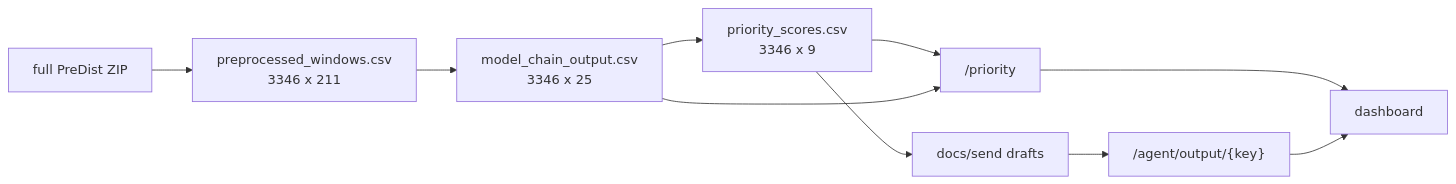
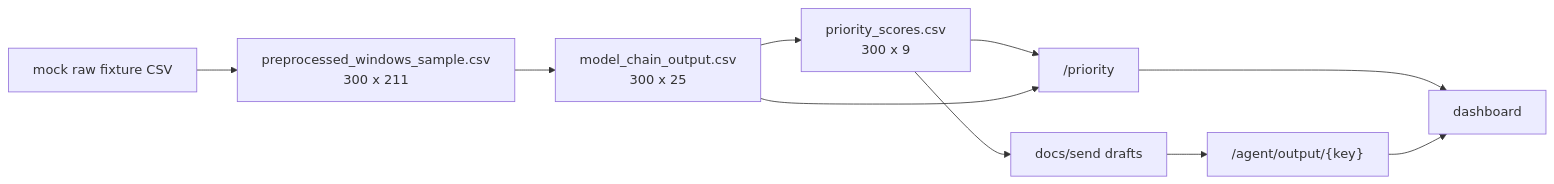
The first of 2 diagrams in docs/report/proto/07_validation.md (jiyang-lee/Heat_Grid_Agent), drawn with Mermaid before and after one commit. The commit also changed other lines of this file and 16 other files, not shown here.

Commit message:
docs(report): mock raw 1사이클 재실행 기록

````diff
--- a/docs/report/proto/07_validation.md
+++ b/docs/report/proto/07_validation.md
@@ -42,12 +42,12 @@
 ```mermaid
 flowchart LR
-  RAW["full PreDist ZIP"] --> PRE["preprocessed_windows.csv<br/>3346 x 211"]
-  PRE --> CHAIN["model_chain_output.csv<br/>3346 x 25"]
-  CHAIN --> PRIORITY["priority_scores.csv<br/>3346 x 9"]
+  RAW["mock raw fixture CSV"] --> PRE["preprocessed_windows_sample.csv<br/>300 x 211"]
+  PRE --> CHAIN["model_chain_output.csv<br/>300 x 25"]
+  CHAIN --> PRIORITY["priority_scores.csv<br/>300 x 9"]
   PRIORITY --> API["/priority"]
   CHAIN --> API
   PRIORITY --> AGENT["docs/send drafts"]
   AGENT --> API2["/agent/output/{key}"]
   API --> FE["dashboard"]
   API2 --> FE
 ```
````
